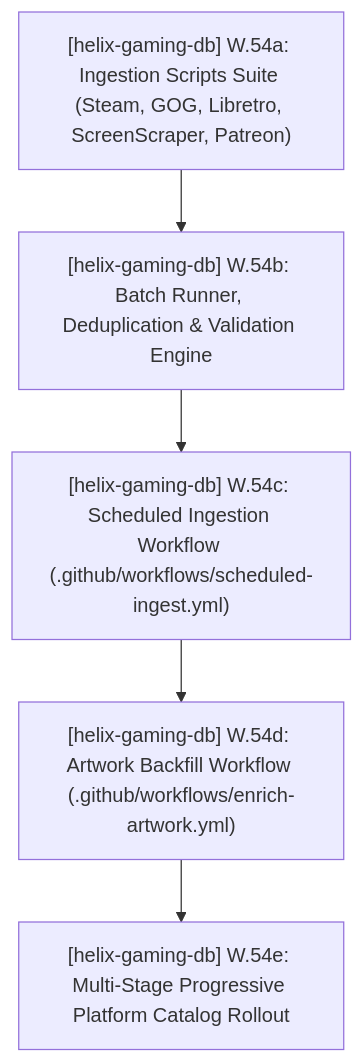
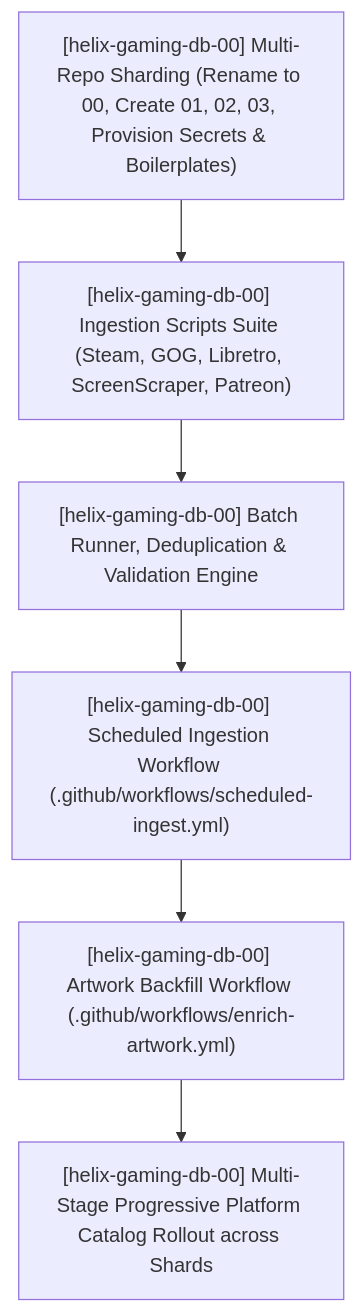
One commit to HELIX-Origin/agents changed the first of 2 diagrams in PLAN.md. Above: the diagram before and after it, drawn with Mermaid. The commit also changed other lines of this file and 5 other files, not shown here.

Commit message:
chore(ecosystem): register helix-gaming-db-00 through 03 and dedicated docs repo

````diff
--- a/PLAN.md
+++ b/PLAN.md
@@ -27,7 +27,8 @@
 ```mermaid
 flowchart TD
-    S31_1["[helix-gaming-db] W.54a: Ingestion Scripts Suite (Steam, GOG, Libretro, ScreenScraper, Patreon)"] --> S31_2["[helix-gaming-db] W.54b: Batch Runner, Deduplication & Validation Engine"]
-    S31_2 --> S31_3["[helix-gaming-db] W.54c: Scheduled Ingestion Workflow (.github/workflows/scheduled-ingest.yml)"]
-    S31_3 --> S31_4["[helix-gaming-db] W.54d: Artwork Backfill Workflow (.github/workflows/enrich-artwork.yml)"]
-    S31_4 --> S31_5["[helix-gaming-db] W.54e: Multi-Stage Progressive Platform Catalog Rollout"]
+    S31_0["[helix-gaming-db-00] Multi-Repo Sharding (Rename to 00, Create 01, 02, 03, Provision Secrets & Boilerplates)"] --> S31_1["[helix-gaming-db-00] Ingestion Scripts Suite (Steam, GOG, Libretro, ScreenScraper, Patreon)"]
+    S31_1 --> S31_2["[helix-gaming-db-00] Batch Runner, Deduplication & Validation Engine"]
+    S31_2 --> S31_3["[helix-gaming-db-00] Scheduled Ingestion Workflow (.github/workflows/scheduled-ingest.yml)"]
+    S31_3 --> S31_4["[helix-gaming-db-00] Artwork Backfill Workflow (.github/workflows/enrich-artwork.yml)"]
+    S31_4 --> S31_5["[helix-gaming-db-00] Multi-Stage Progressive Platform Catalog Rollout across Shards"]
 ```
````
